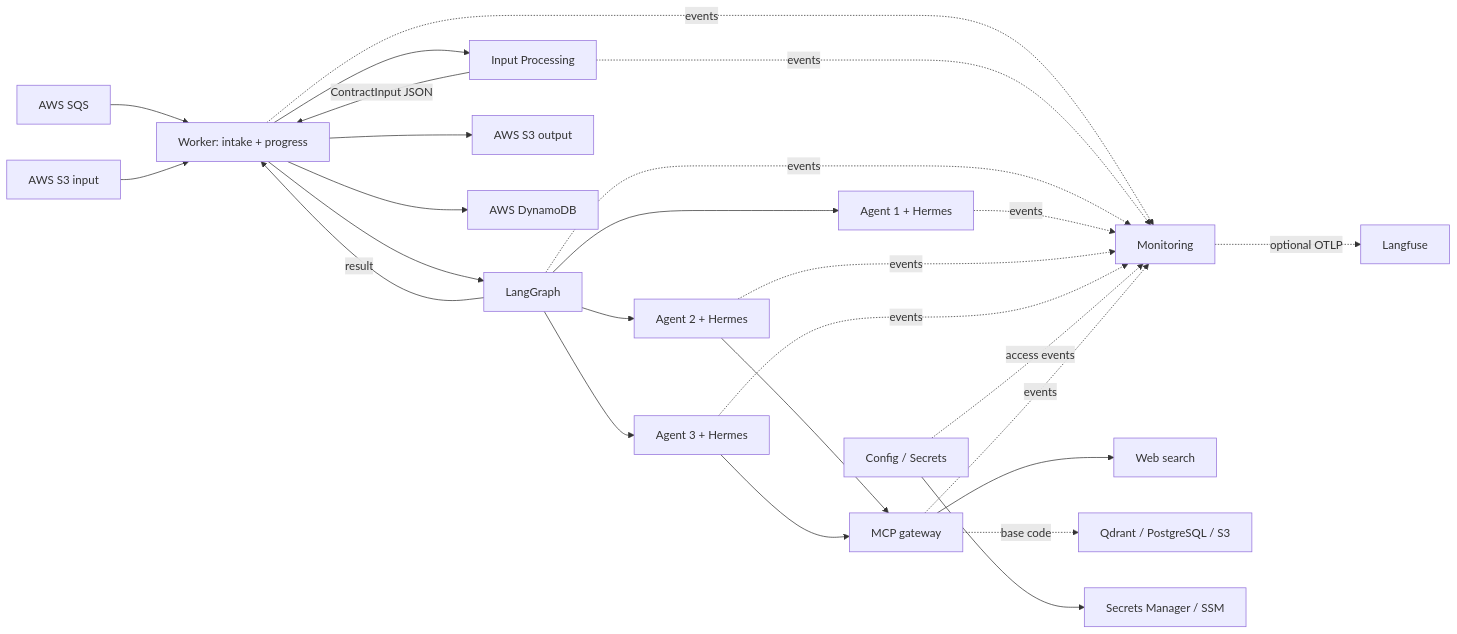
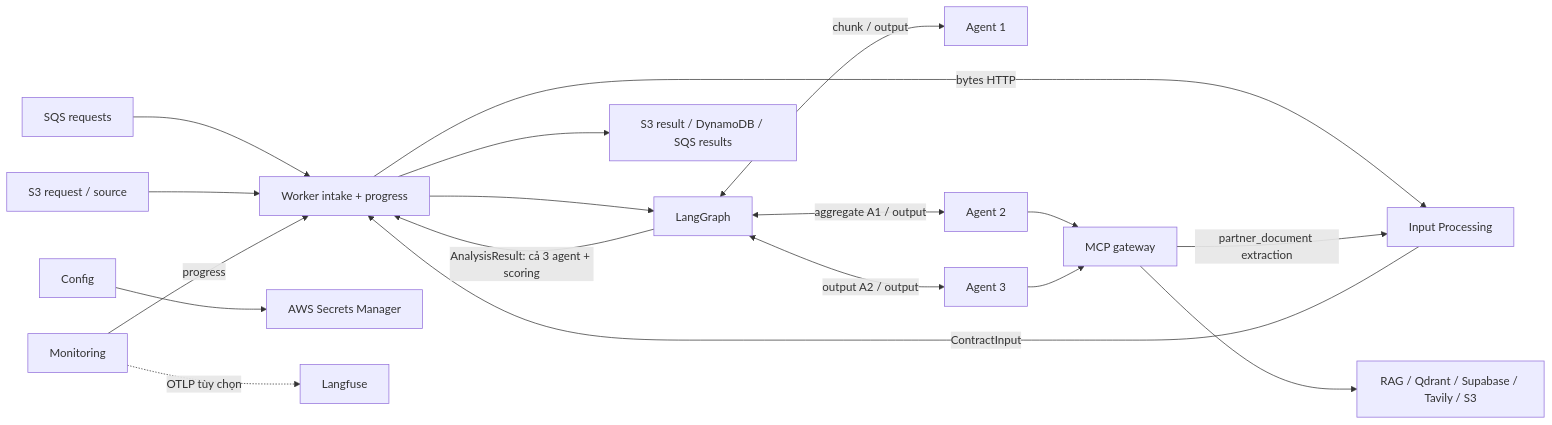
One commit to ContractGuard-Team/contract-risk-management changed the diagram in docs/architecture.md. Above: the diagram before and after it, drawn with Mermaid. The commit also changed other lines of this file and 84 other files, not shown here.

````diff
--- a/docs/architecture.md
+++ b/docs/architecture.md
@@ -6,28 +5,20 @@
 ```mermaid
 flowchart LR
-    SQS[AWS SQS] --> W[Worker: intake + progress]
-    S3I[AWS S3 input] --> W
-    W --> P[Input Processing]
-    P -->|ContractInput JSON| W
+    SQS[SQS requests] --> W[Worker intake + progress]
+    S3[S3 request / source] --> W
+    W -->|bytes HTTP| P[Input Processing]
+    P -->|ContractInput| W
     W --> G[LangGraph]
-    G --> A1[Agent 1 + Hermes]
-    G --> A2[Agent 2 + Hermes]
-    G --> A3[Agent 3 + Hermes]
-    G -->|result| W
-    W --> S3O[AWS S3 output]
-    W --> DDB[AWS DynamoDB]
-    W -. events .-> M[Monitoring]
-    P -. events .-> M
-    G -. events .-> M
-    A1 -. events .-> M
-    A2 -. events .-> M
-    A3 -. events .-> M
-    C[Config / Secrets] -. access events .-> M
+    G <-->|chunk / output| A1[Agent 1]
+    G <-->|aggregate A1 / output| A2[Agent 2]
+    G <-->|output A2 / output| A3[Agent 3]
+    G -->|AnalysisResult: cả 3 agent + scoring| W
+    W --> OUT[S3 result / DynamoDB / SQS results]
     A2 --> MCP[MCP gateway]
     A3 --> MCP
-    MCP --> WS[Web search]
-    MCP -. base code .-> QD[Qdrant / PostgreSQL / S3]
-    MCP -. events .-> M
-    C --> SM[Secrets Manager / SSM]
-    M -. optional OTLP .-> LF[Langfuse]
+    MCP --> REF[RAG / Qdrant / Supabase / Tavily / S3]
+    MCP -->|partner_document extraction| P
+    C[Config] --> SM[AWS Secrets Manager]
+    M[Monitoring] -->|progress| W
+    M -. OTLP tùy chọn .-> LF[Langfuse]
 ```
````
